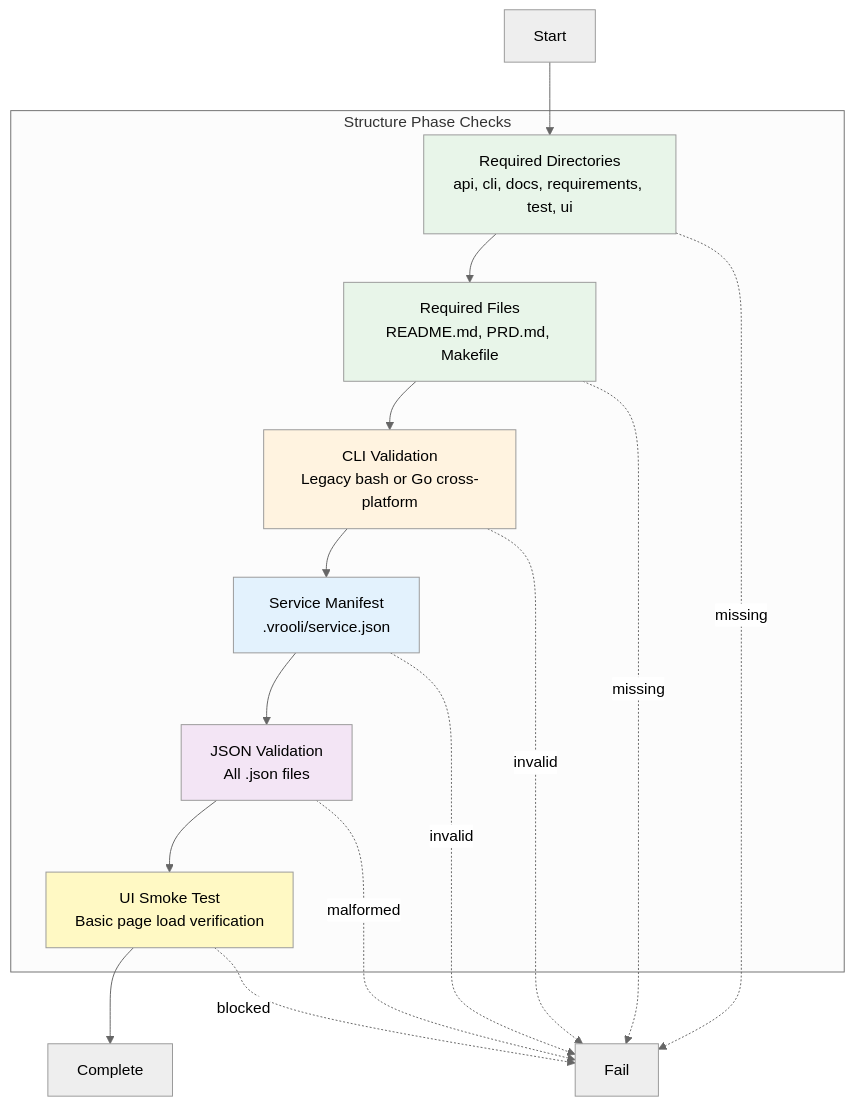
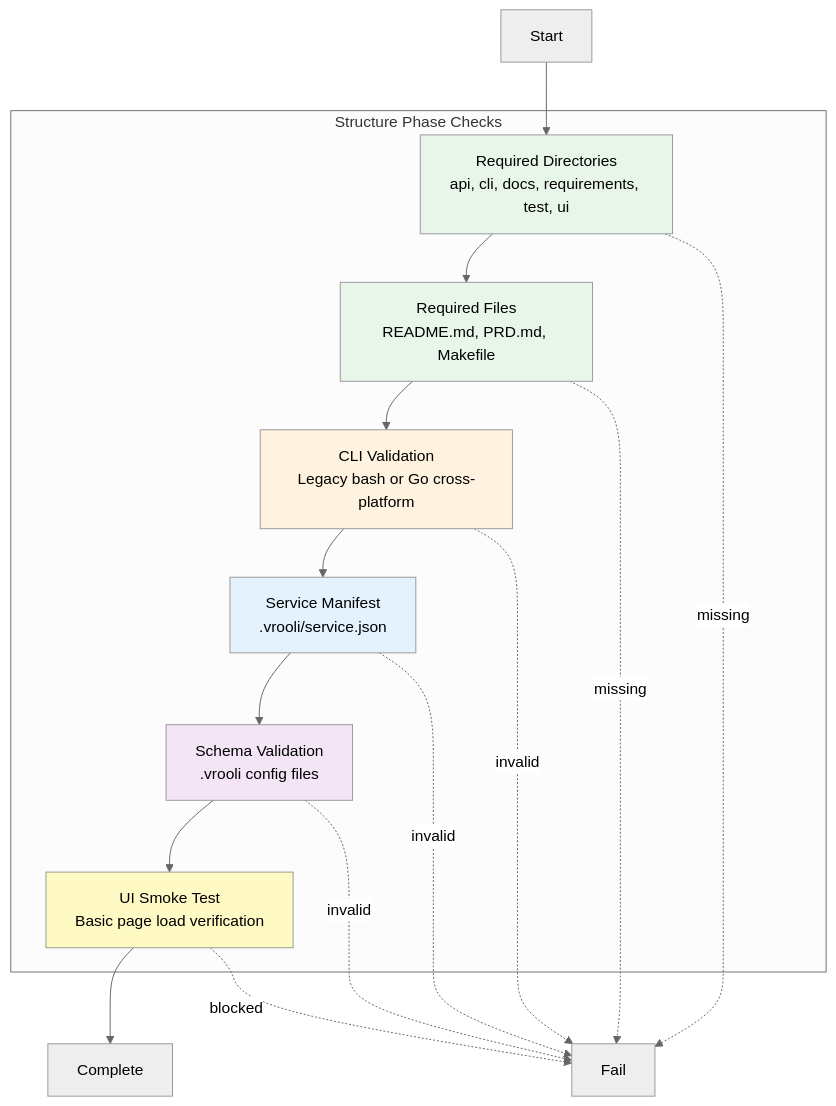
The diagram in scenarios/test-genie/docs/phases/structure/README.md (Vrooli/Vrooli), drawn with Mermaid (neutral theme) before and after one commit. The commit also changed other lines of this file and 64 other files, not shown here.

````diff
--- a/scenarios/test-genie/docs/phases/structure/README.md
+++ b/scenarios/test-genie/docs/phases/structure/README.md
@@ -12,33 +12,33 @@
 ```mermaid
 graph TB
     subgraph "Structure Phase Checks"
         DIRS[Required Directories<br/>api, cli, docs, requirements, test, ui]
         FILES[Required Files<br/>README.md, PRD.md, Makefile]
         CLI[CLI Validation<br/>Legacy bash or Go cross-platform]
         MANIFEST[Service Manifest<br/>.vrooli/service.json]
-        JSON[JSON Validation<br/>All .json files]
+        SCHEMA[Schema Validation<br/>.vrooli config files]
         SMOKE[UI Smoke Test<br/>Basic page load verification]
     end
 
     START[Start] --> DIRS
     DIRS --> FILES
     FILES --> CLI
     CLI --> MANIFEST
-    MANIFEST --> JSON
-    JSON --> SMOKE
+    MANIFEST --> SCHEMA
+    SCHEMA --> SMOKE
     SMOKE --> DONE[Complete]
 
     DIRS -.->|missing| FAIL[Fail]
     FILES -.->|missing| FAIL
     CLI -.->|invalid| FAIL
     MANIFEST -.->|invalid| FAIL
-    JSON -.->|malformed| FAIL
+    SCHEMA -.->|invalid| FAIL
     SMOKE -.->|blocked| FAIL
 
     style DIRS fill:#e8f5e9
     style FILES fill:#e8f5e9
     style CLI fill:#fff3e0
     style MANIFEST fill:#e3f2fd
-    style JSON fill:#f3e5f5
+    style SCHEMA fill:#f3e5f5
     style SMOKE fill:#fff9c4
 ```
````
